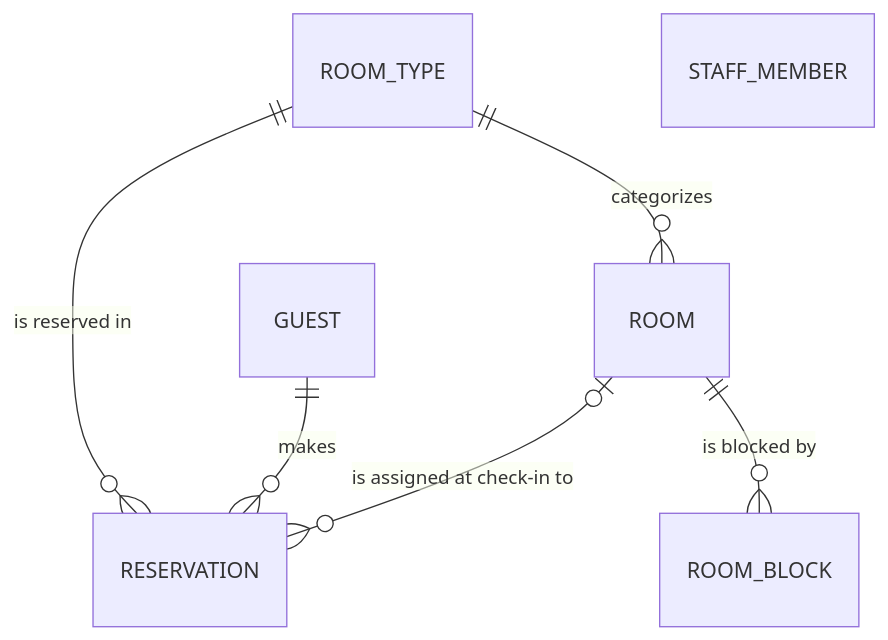
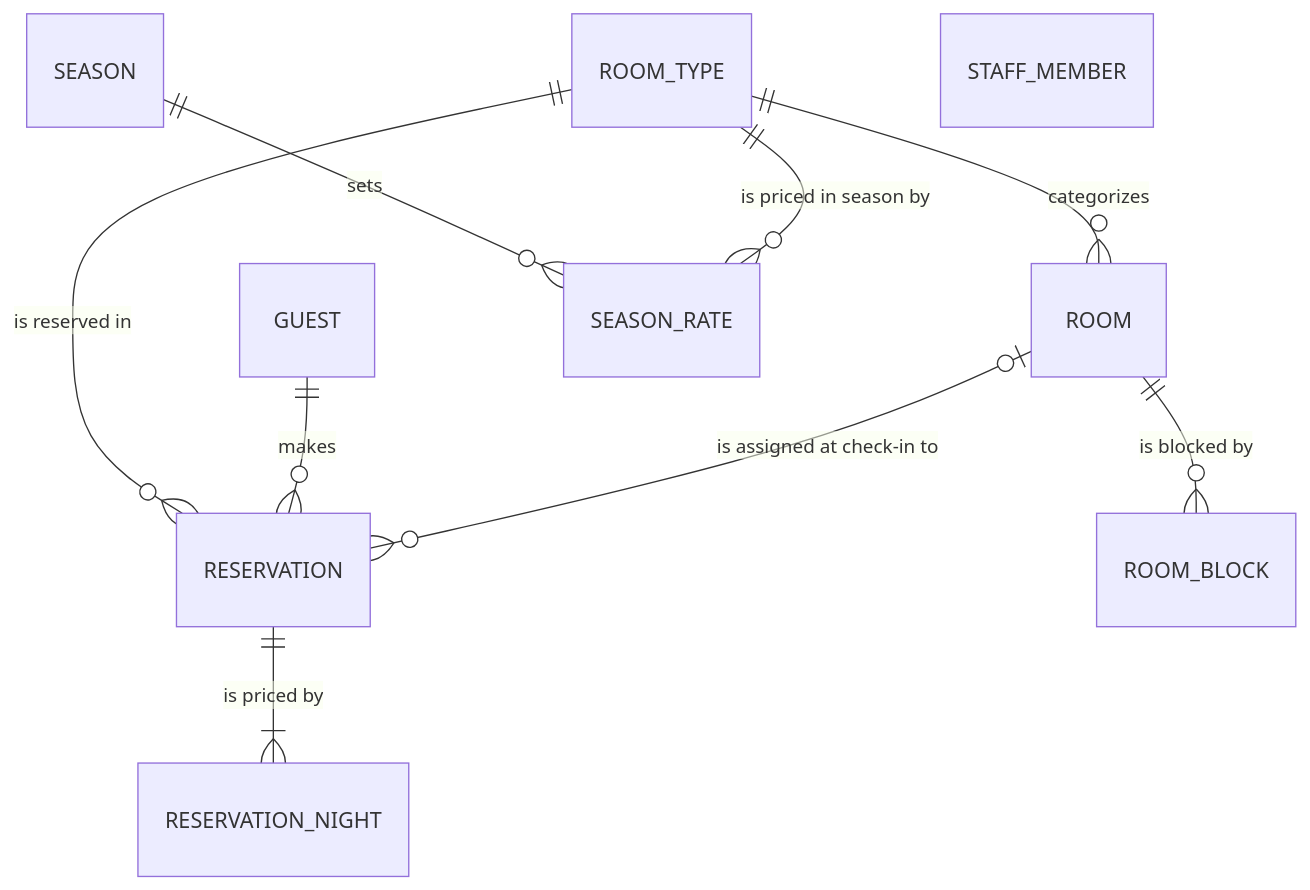
One commit to mmushfiq/sdd-lab changed the diagram in docs/entity_model.md. Above: the diagram before and after it, drawn with Mermaid. The commit also changed other lines of this file and 10 other files, not shown here.

````diff
--- a/docs/entity_model.md
+++ b/docs/entity_model.md
@@ -7,9 +7,12 @@
 ```mermaid
 erDiagram
     ROOM_TYPE ||--o{ ROOM : "categorizes"
     ROOM_TYPE ||--o{ RESERVATION : "is reserved in"
     GUEST ||--o{ RESERVATION : "makes"
     ROOM |o--o{ RESERVATION : "is assigned at check-in to"
     ROOM ||--o{ ROOM_BLOCK : "is blocked by"
+    RESERVATION ||--|{ RESERVATION_NIGHT : "is priced by"
+    SEASON ||--o{ SEASON_RATE : "sets"
+    ROOM_TYPE ||--o{ SEASON_RATE : "is priced in season by"
     STAFF_MEMBER
 ```
````
